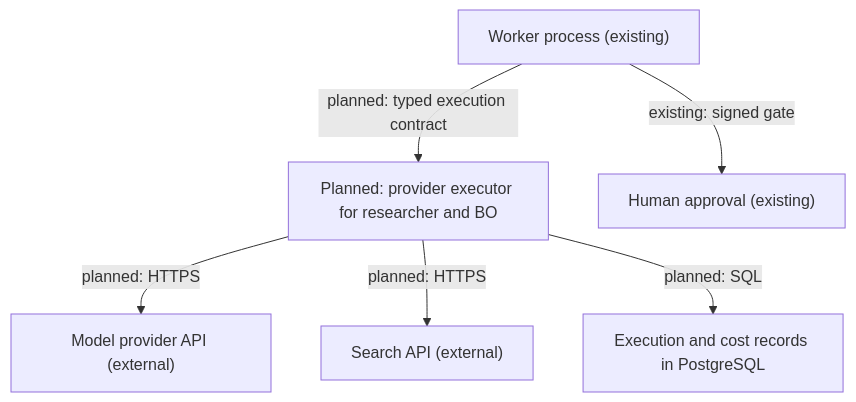
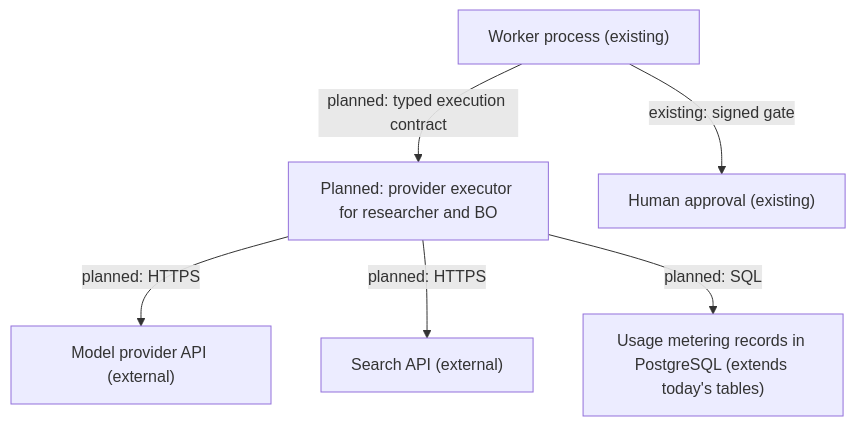
The second of 2 diagrams in docs/architecture/overview.md (Nick-NodeJS/agent-platform), drawn with Mermaid before and after one commit. The commit also changed other lines of this file and 18 other files, not shown here.

````diff
--- a/docs/architecture/overview.md
+++ b/docs/architecture/overview.md
@@ -80,8 +81,8 @@
 ```mermaid
 flowchart TD
   worker["Worker process (existing)"] -->|"planned: typed execution contract"| exec["Planned: provider executor for researcher and BO"]
   exec -->|"planned: HTTPS"| model["Model provider API (external)"]
   exec -->|"planned: HTTPS"| search["Search API (external)"]
-  exec -->|"planned: SQL"| log["Execution and cost records in PostgreSQL"]
+  exec -->|"planned: SQL"| log["Usage metering records in PostgreSQL (extends today's tables)"]
   worker -->|"existing: signed gate"| gate["Human approval (existing)"]
 ```
````
